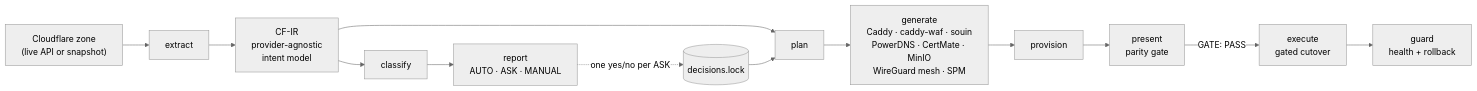
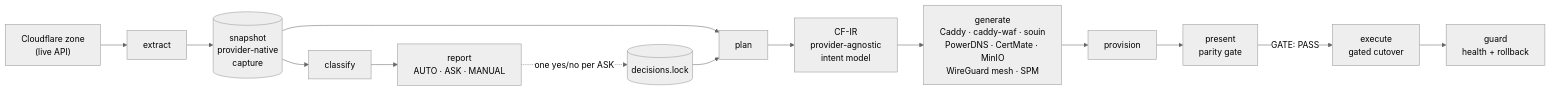
One commit to fabriziosalmi/flareover changed the first of 3 diagrams in docs/architecture.md. Above: the diagram before and after it, drawn with Mermaid (neutral theme). The commit also changed other lines of this file and 6 other files, not shown here.

First line of the commit message:
docs: correct the architecture diagram, align the docs with v0.2.0/v0.3.0

````diff
--- a/docs/architecture.md
+++ b/docs/architecture.md
@@ -9,15 +9,16 @@
 ```mermaid
 flowchart LR
-  CF["Cloudflare zone<br/>(live API or snapshot)"] --> EX[extract]
-  EX --> IR["CF-IR<br/>provider-agnostic<br/>intent model"]
-  IR --> CL[classify]
+  CF["Cloudflare zone<br/>(live API)"] --> EX[extract]
+  EX --> SN[("snapshot<br/>provider-native<br/>capture")]
+  SN --> CL[classify]
   CL --> RP["report<br/>AUTO · ASK · MANUAL"]
   RP -. one yes/no per ASK .-> DEC[("decisions.lock")]
-  IR --> PL[plan]
+  SN --> PL[plan]
   DEC --> PL
-  PL --> GEN["generate<br/>Caddy · caddy-waf · souin<br/>PowerDNS · CertMate · MinIO<br/>WireGuard mesh · SPM"]
+  PL --> IR["CF-IR<br/>provider-agnostic<br/>intent model"]
+  IR --> GEN["generate<br/>Caddy · caddy-waf · souin<br/>PowerDNS · CertMate · MinIO<br/>WireGuard mesh · SPM"]
   GEN --> PROV[provision]
   PROV --> PRES["present<br/>parity gate"]
   PRES -->|GATE: PASS| EXEC["execute<br/>gated cutover"]
   EXEC --> GRD["guard<br/>health + rollback"]
 ```
````
